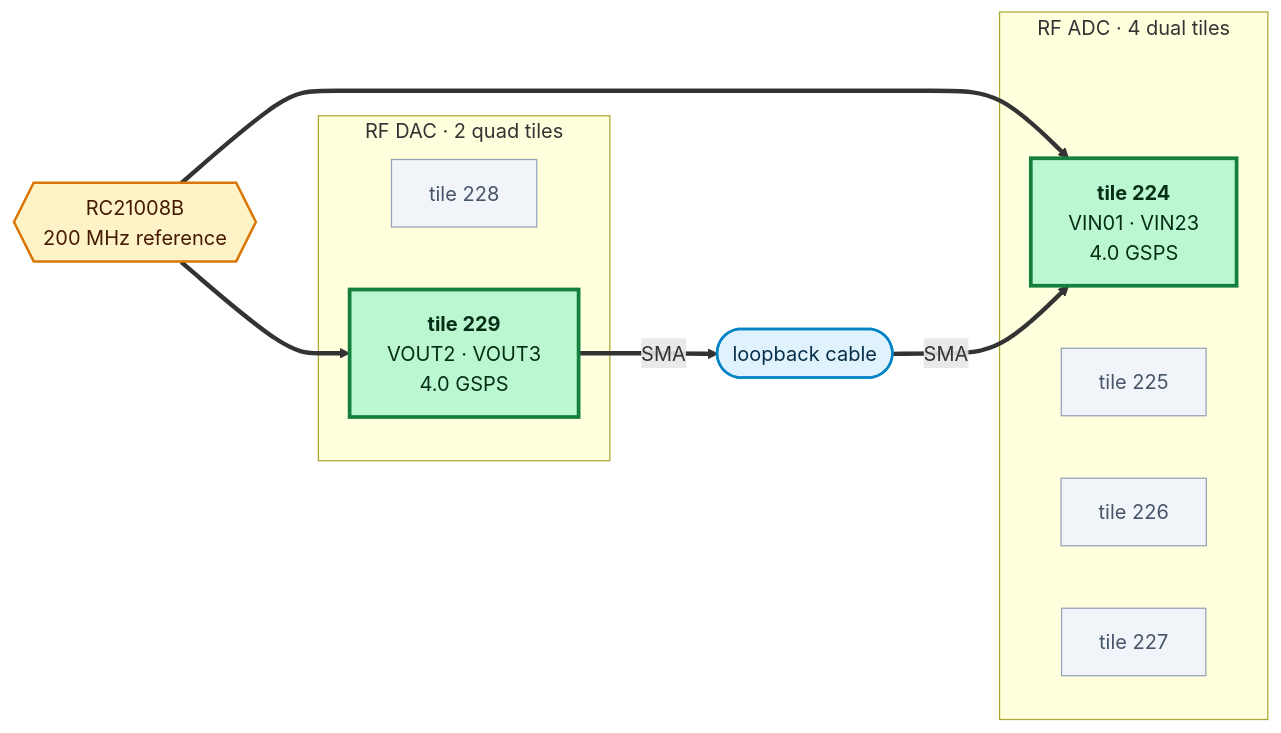
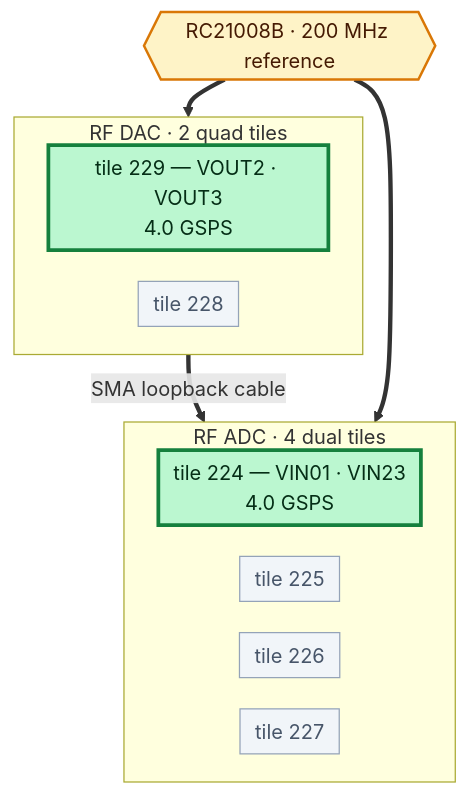
The diagram in adc-dac/README.md (JutsFunFor/xczu27dr-rfsoc), drawn with Mermaid before and after one commit. The commit also changed 7 other files, not shown here.

````diff
--- a/adc-dac/README.md
+++ b/adc-dac/README.md
@@ -60,32 +60,29 @@
 ```mermaid
-flowchart LR
-  RC{{"RC21008B<br/>200 MHz reference"}}
+%%{init: {"flowchart": {"nodeSpacing": 25, "rankSpacing": 30, "padding": 6}}}%%
+flowchart TD
+  RC{{"RC21008B · 200 MHz reference"}}
+
+  subgraph DACT["RF DAC · 2 quad tiles"]
+    T229["tile 229 — VOUT2 · VOUT3<br/>4.0 GSPS"]
+    T228["tile 228"]
+  end
 
   subgraph ADCT["RF ADC · 4 dual tiles"]
-    T224["<b>tile 224</b><br/>VIN01 · VIN23<br/>4.0 GSPS"]
+    T224["tile 224 — VIN01 · VIN23<br/>4.0 GSPS"]
     T225["tile 225"]
     T226["tile 226"]
     T227["tile 227"]
   end
 
-  subgraph DACT["RF DAC · 2 quad tiles"]
-    T228["tile 228"]
-    T229["<b>tile 229</b><br/>VOUT2 · VOUT3<br/>4.0 GSPS"]
-  end
-
-  RC ==> T224
-  RC ==> T229
-
-  T229 ==>|"SMA"| CABLE(["loopback cable"])
-  CABLE ==>|"SMA"| T224
+  RC ==> DACT
+  DACT ==>|"SMA loopback cable"| ADCT
+  RC ==> ADCT
 
   classDef clk   fill:#fef3c7,stroke:#d97706,stroke-width:2px,color:#451a03
   classDef live  fill:#bbf7d0,stroke:#15803d,stroke-width:3px,color:#052e16
   classDef idle  fill:#f1f5f9,stroke:#94a3b8,stroke-width:1px,color:#475569
-  classDef ext   fill:#e0f2fe,stroke:#0284c7,stroke-width:2px,color:#082f49
 
   class RC clk
   class T224,T229 live
   class T225,T226,T227,T228 idle
-  class CABLE ext
 ```
````
